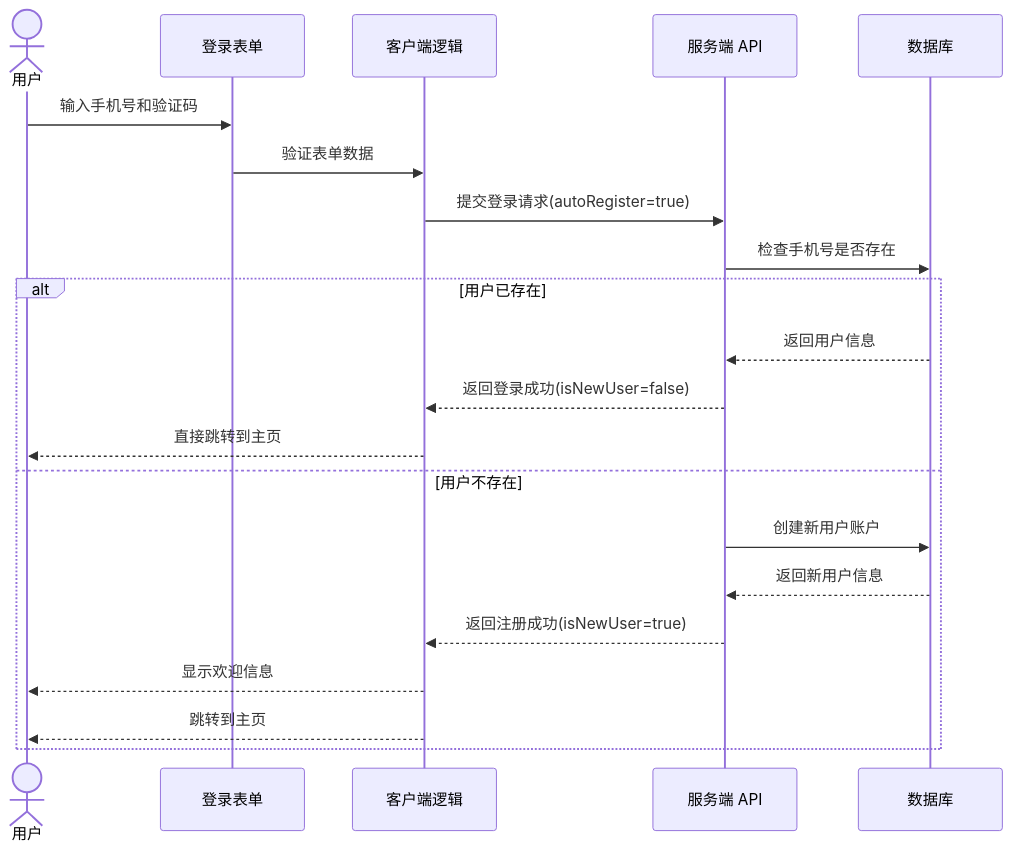
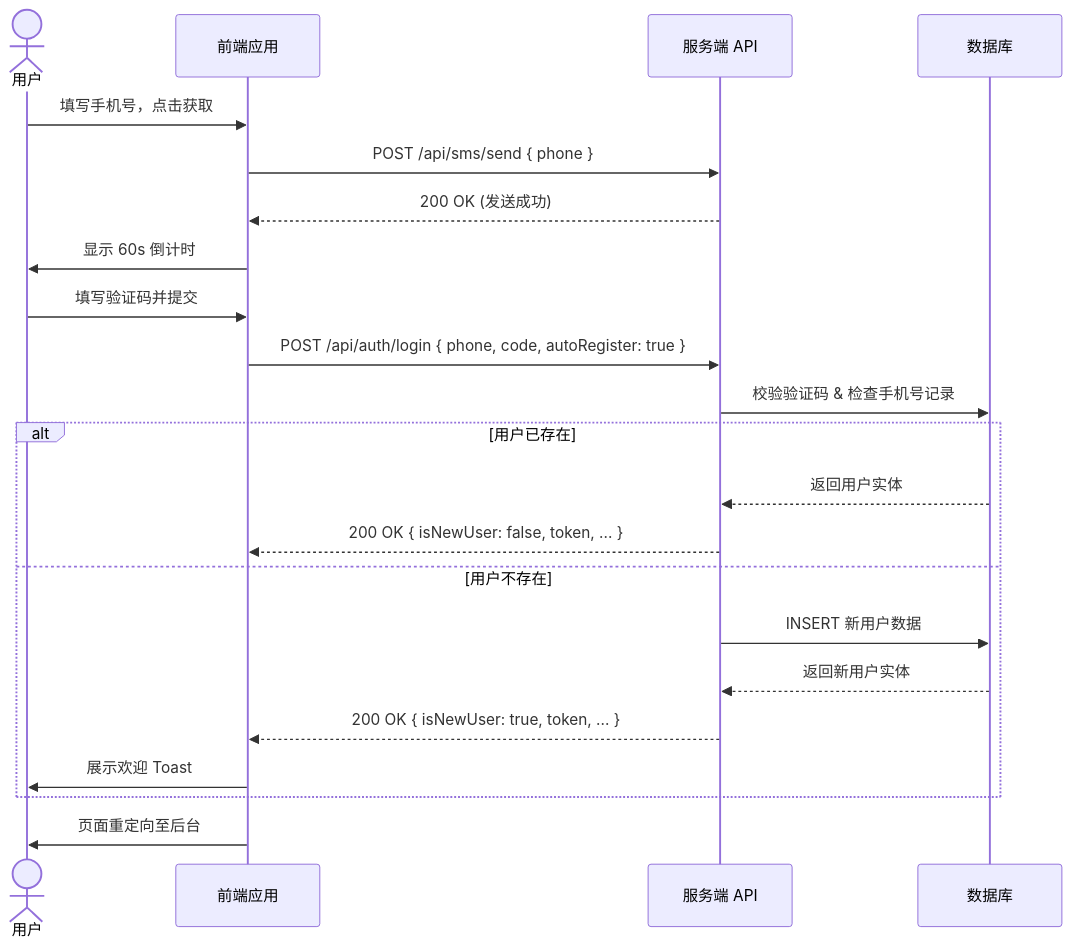
The second of 2 diagrams in docs/features/authentication/smscode/README.md (weihongyu12/web), drawn with Mermaid before and after one commit. The commit also changed other lines of this file, not shown here.

````diff
--- a/docs/features/authentication/smscode/README.md
+++ b/docs/features/authentication/smscode/README.md
@@ -430,25 +78,27 @@
 ```mermaid
 sequenceDiagram
     actor User as 用户
-    participant Form as 登录表单
-    participant Client as 客户端逻辑
+    participant Client as 前端应用
     participant Server as 服务端 API
     participant DB as 数据库
     
-    User->>Form: 输入手机号和验证码
-    Form->>Client: 验证表单数据
-    Client->>Server: 提交登录请求(autoRegister=true)
-    Server->>DB: 检查手机号是否存在
+    User->>Client: 填写手机号，点击获取
+    Client->>Server: POST /api/sms/send { phone }
+    Server-->>Client: 200 OK (发送成功)
+    Client->>User: 显示 60s 倒计时
+    
+    User->>Client: 填写验证码并提交
+    Client->>Server: POST /api/auth/login { phone, code, autoRegister: true }
+    Server->>DB: 校验验证码 & 检查手机号记录
     
     alt 用户已存在
-        DB-->>Server: 返回用户信息
-        Server-->>Client: 返回登录成功(isNewUser=false)
-        Client-->>User: 直接跳转到主页
+        DB-->>Server: 返回用户实体
+        Server-->>Client: 200 OK { isNewUser: false, token, ... }
     else 用户不存在
-        Server->>DB: 创建新用户账户
-        DB-->>Server: 返回新用户信息
-        Server-->>Client: 返回注册成功(isNewUser=true)
-        Client-->>User: 显示欢迎信息
-        Client-->>User: 跳转到主页
+        Server->>DB: INSERT 新用户数据
+        DB-->>Server: 返回新用户实体
+        Server-->>Client: 200 OK { isNewUser: true, token, ... }
+        Client->>User: 展示欢迎 Toast
     end
+    Client->>User: 页面重定向至后台
 ```
````
